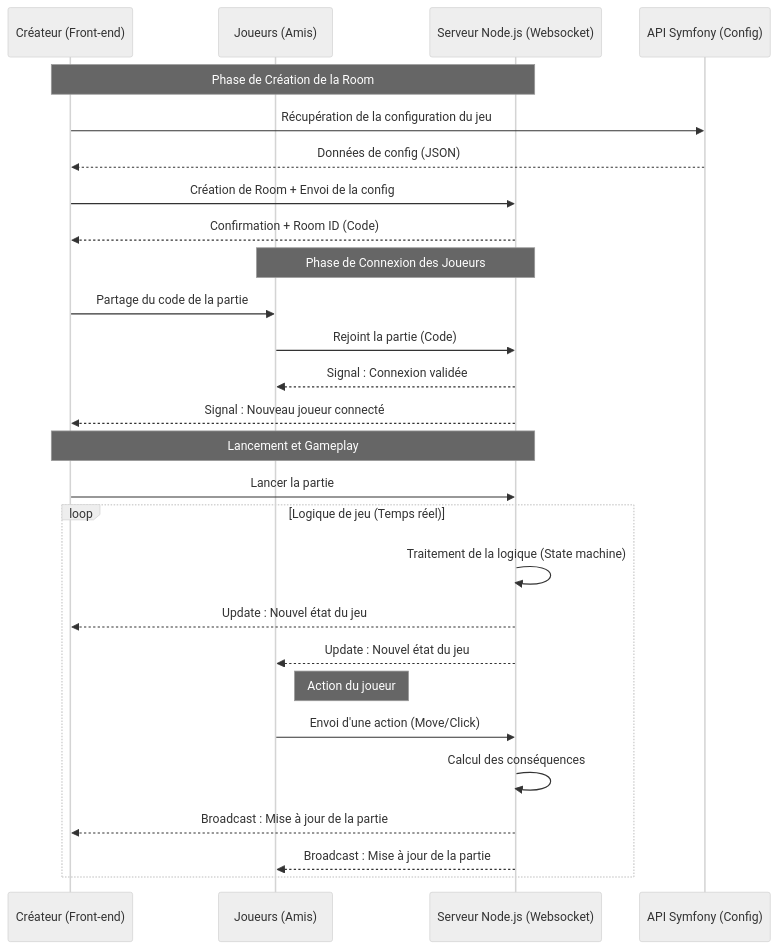
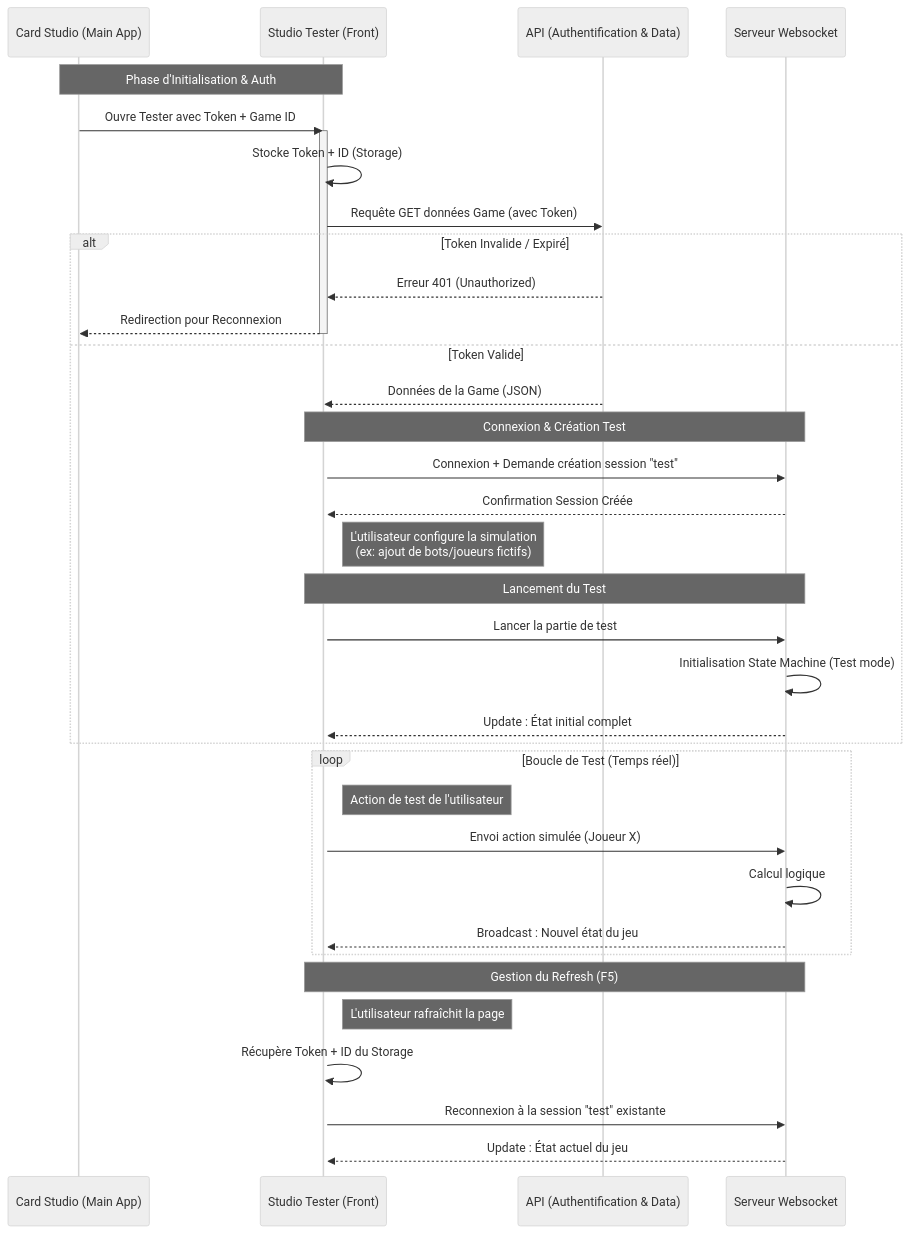
One commit to MeyDetour/CARD-studio-tester changed the diagram in README.md. Above: the diagram before and after it, drawn with Mermaid (neutral theme). The commit also changed other lines of this file and 2 other files, not shown here.

Commit message:
fix(winPage): Update winner image rendering to handle optional chaining for winners array fix(players): Correct value extraction logic for player statistics

````diff
--- a/README.md
+++ b/README.md
@@ -47,35 +48,47 @@
 ```mermaid
 sequenceDiagram
-    participant C as Créateur (Front-end)
-    participant J as Joueurs (Amis)
-    participant Node as Serveur Node.js (Websocket)
-    participant Sym as API Symfony (Config)
+    participant CS as Card Studio (Main App)
+    participant Front as Studio Tester (Front)
+    participant API as API (Authentification & Data)
+    participant WS as Serveur Websocket
 
-    Note over C, Node: Phase de Création de la Room
-    C->>Sym: Récupération de la configuration du jeu
-    Sym-->>C: Données de config (JSON)
-    C->>Node: Création de Room + Envoi de la config
-    Node-->>C: Confirmation + Room ID (Code)
-
-    Note over J, Node: Phase de Connexion des Joueurs
-    C->>J: Partage du code de la partie
-    J->>Node: Rejoint la partie (Code)
-    Node-->>J: Signal : Connexion validée
-    Node-->>C: Signal : Nouveau joueur connecté
-
-    Note over C, Node: Lancement et Gameplay
-    C->>Node: Lancer la partie
+    Note over CS, Front: Phase d'Initialisation & Auth
+    CS->>Front: Ouvre Tester avec Token + Game ID
+    activate Front
+    Front->>Front: Stocke Token + ID (Storage)
+    Front->>API: Requête GET données Game (avec Token)
     
-    loop Logique de jeu (Temps réel)
-        Node->>Node: Traitement de la logique (State machine)
-        Node-->>C: Update : Nouvel état du jeu
-        Node-->>J: Update : Nouvel état du jeu
+    alt Token Invalide / Expiré
+        API-->>Front: Erreur 401 (Unauthorized)
+        Front-->>CS: Redirection pour Reconnexion
+        deactivate Front
+    else Token Valide
+        API-->>Front: Données de la Game (JSON)
+        activate Front
+    
+        Note over Front, WS: Connexion & Création Test
+        Front->>WS: Connexion + Demande création session "test"
+        WS-->>Front: Confirmation Session Créée
         
-        Note right of J: Action du joueur
-        J->>Node: Envoi d'une action (Move/Click)
-        Node->>Node: Calcul des conséquences
-        Node-->>C: Broadcast : Mise à jour de la partie
-        Node-->>J: Broadcast : Mise à jour de la partie
+        Note right of Front: L'utilisateur configure la simulation<br/>(ex: ajout de bots/joueurs fictifs)
+   
+        Note over Front, WS: Lancement du Test
+        Front->>WS: Lancer la partie de test
+        WS->>WS: Initialisation State Machine (Test mode)
+        WS-->>Front: Update : État initial complet
     end
 
+    loop Boucle de Test (Temps réel)
+        Note right of Front: Action de test de l'utilisateur
+        Front->>WS: Envoi action simulée (Joueur X)
+        WS->>WS: Calcul logique
+        WS-->>Front: Broadcast : Nouvel état du jeu
+    end
+
+    Note over Front, WS: Gestion du Refresh (F5)
+    Note right of Front: L'utilisateur rafraîchit la page
+    Front->>Front: Récupère Token + ID du Storage
+    Front->>WS: Reconnexion à la session "test" existante
+    WS-->>Front: Update : État actuel du jeu
+
 ```
````
